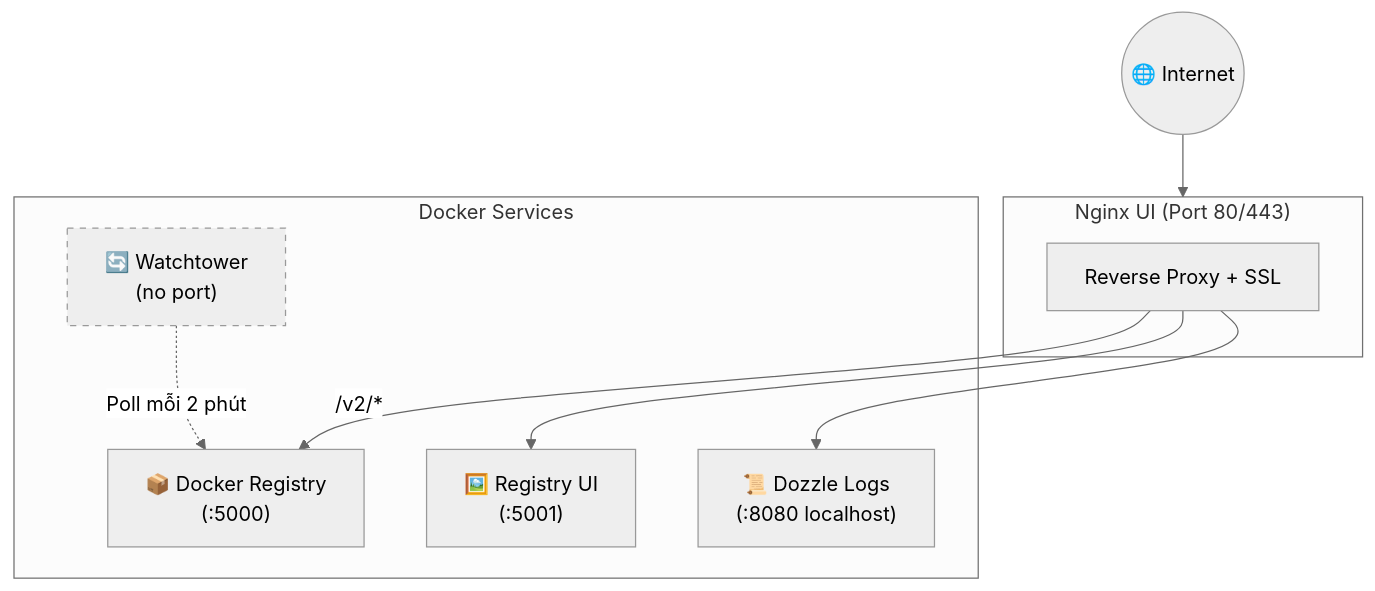
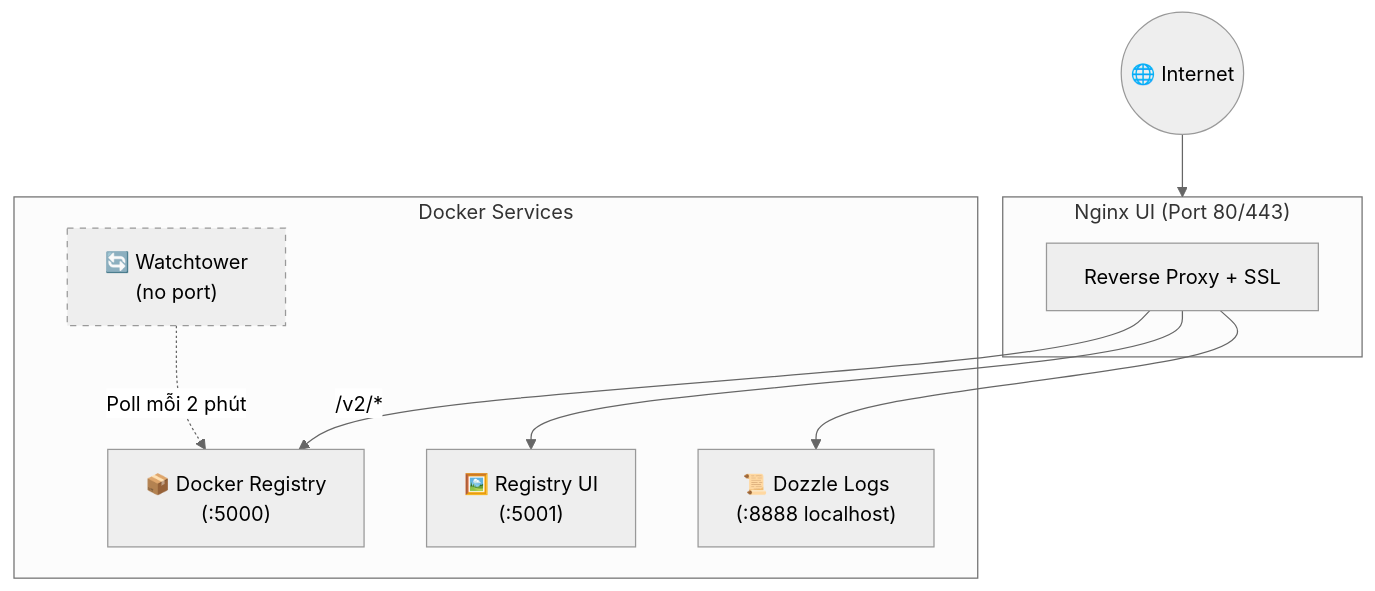
Before and after one commit to tuquet/strapi-docker-boilerplate: the first of 4 diagrams in docs/guide/registry-stack.md, drawn with Mermaid (neutral theme). The commit also changed other lines of this file and 4 other files, not shown here.

````diff
--- a/docs/guide/registry-stack.md
+++ b/docs/guide/registry-stack.md
@@ -27,23 +27,23 @@
 ```mermaid
 flowchart TB
   Internet(("🌐 Internet"))
 
   subgraph NginxUI["Nginx UI (Port 80/443)"]
     Proxy["Reverse Proxy + SSL"]
   end
 
   subgraph Services["Docker Services"]
     Registry["📦 Docker Registry\n(:5000)"]
     RegUI["🖼️ Registry UI\n(:5001)"]
-    Dozzle["📜 Dozzle Logs\n(:8080 localhost)"]
+    Dozzle["📜 Dozzle Logs\n(:8888 localhost)"]
     WT["🔄 Watchtower\n(no port)"]
   end
 
   Internet --> NginxUI
   Proxy -->|"/v2/*"| Registry
   Proxy --> RegUI
   Proxy --> Dozzle
   WT -.->|"Poll mỗi 2 phút"| Registry
 
   style WT stroke-dasharray: 5 5
 ```
````
